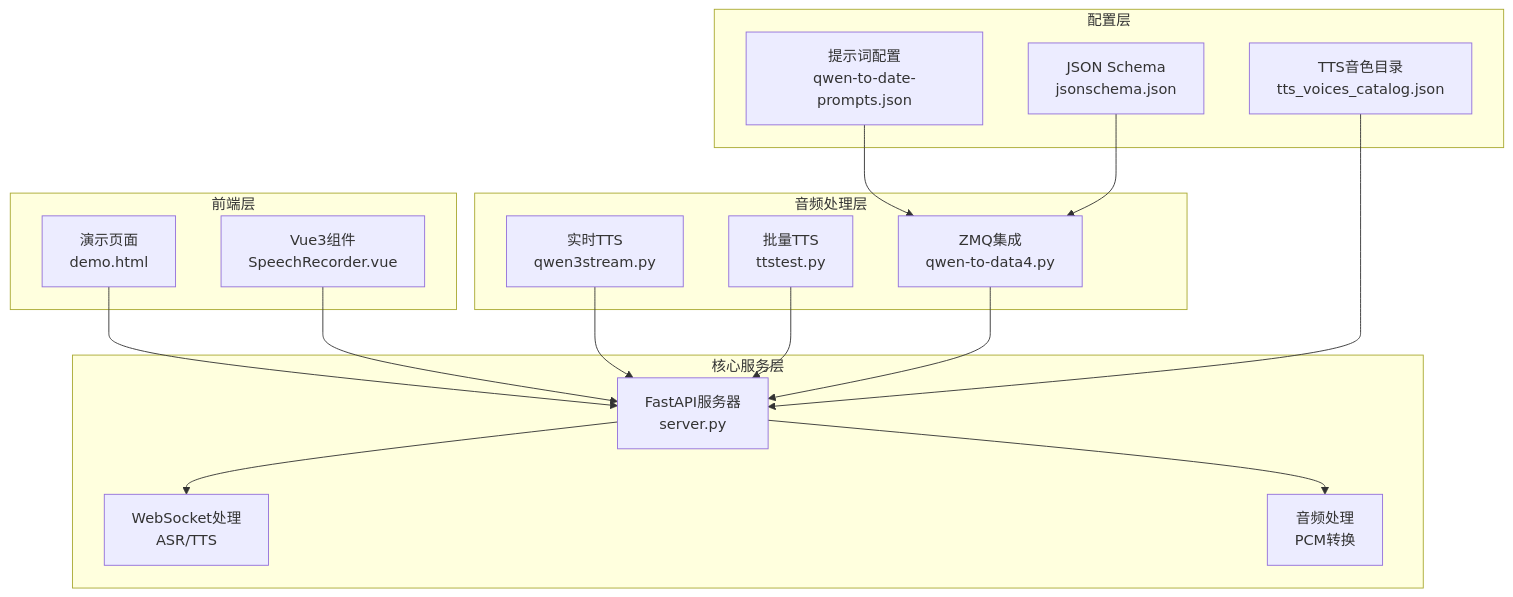
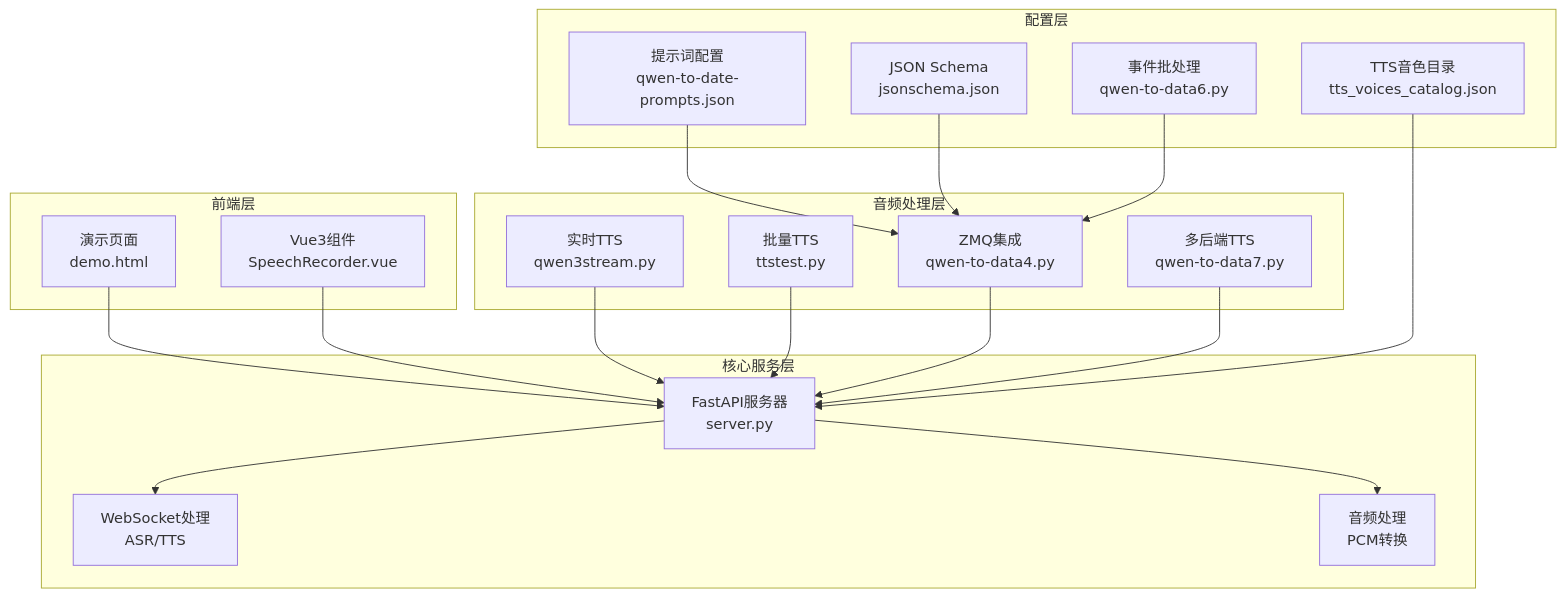
One commit to 1024dashen/Vue3Speech changed the first of 11 diagrams in .qoder/repowiki/zh/content/语音合成服务/实时TTS合成.md. Above: the diagram before and after it, drawn with Mermaid. The commit also changed other lines of this file and 9 other files, not shown here.

First line of the commit message:
fix(qwen-to-data7): 修正解说文本禁用正则和流式生成逻辑

````diff
--- a/.qoder/repowiki/zh/content/语音合成服务/实时TTS合成.md
+++ b/.qoder/repowiki/zh/content/语音合成服务/实时TTS合成.md
@@ -46,32 +59,36 @@
 ```mermaid
 graph TB
 subgraph "核心服务层"
 A[FastAPI服务器<br/>server.py]
 B[WebSocket处理<br/>ASR/TTS]
 C[音频处理<br/>PCM转换]
 end
 subgraph "前端层"
 D[演示页面<br/>demo.html]
 E[Vue3组件<br/>SpeechRecorder.vue]
 end
 subgraph "音频处理层"
 F[实时TTS<br/>qwen3stream.py]
 G[批量TTS<br/>ttstest.py]
 H[ZMQ集成<br/>qwen-to-data4.py]
+I[多后端TTS<br/>qwen-to-data7.py]
 end
 subgraph "配置层"
-I[TTS音色目录<br/>tts_voices_catalog.json]
-J[提示词配置<br/>qwen-to-date-prompts.json]
-K[JSON Schema<br/>jsonschema.json]
+J[TTS音色目录<br/>tts_voices_catalog.json]
+K[提示词配置<br/>qwen-to-date-prompts.json]
+L[JSON Schema<br/>jsonschema.json]
+M[事件批处理<br/>qwen-to-data6.py]
 end
 A --> B
 A --> C
 D --> A
 E --> A
 F --> A
 G --> A
 H --> A
 I --> A
-J --> H
+J --> A
 K --> H
+L --> H
+M --> H
 ```
````
